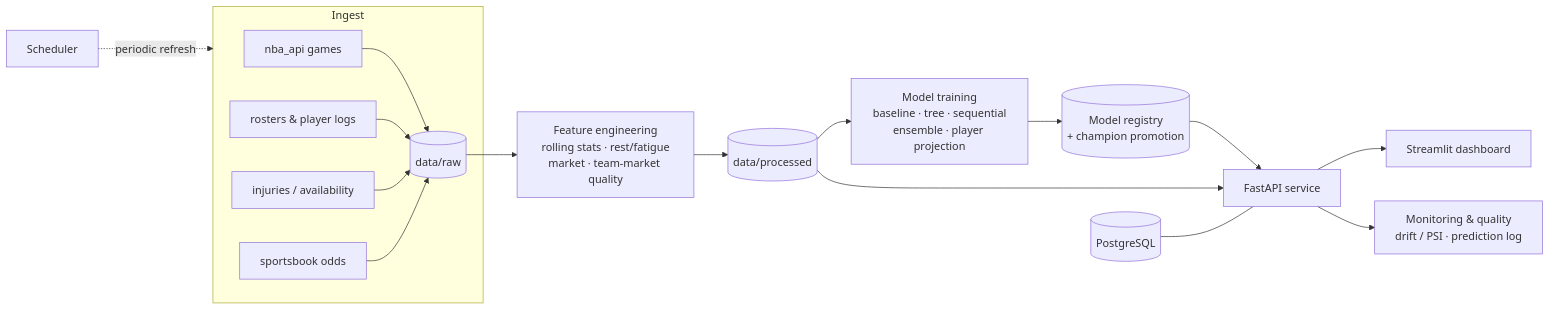
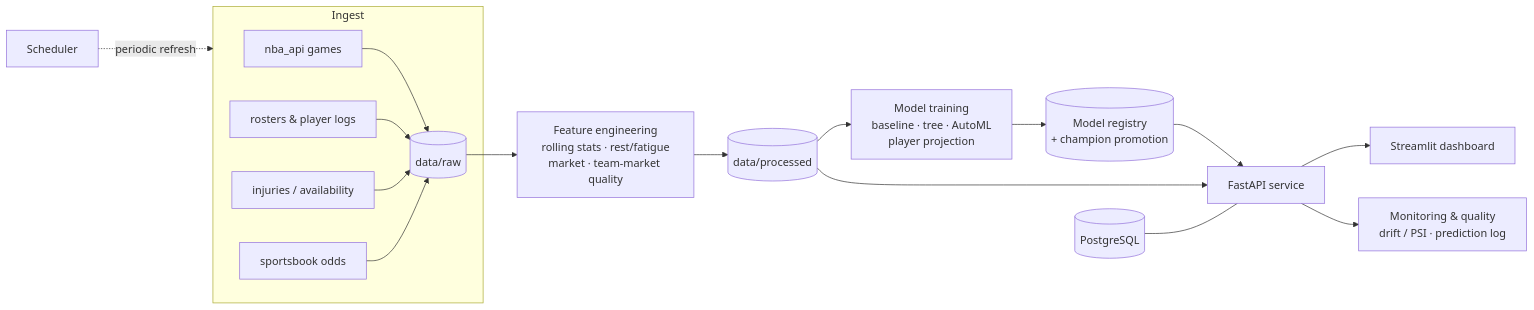
The diagram in README.md (KhaNguyen-Q/nba-prediction-engine), drawn with Mermaid before and after one commit. The commit also changed other lines of this file and 17 other files, not shown here.

First line of the commit message:
refactor: remove unfinished experiment stubs and document roadmap

````diff
--- a/README.md
+++ b/README.md
@@ -55,23 +55,23 @@
 ```mermaid
 flowchart LR
     subgraph Ingest
         A1[nba_api games] --> RAW[(data/raw)]
         A2[rosters & player logs] --> RAW
         A3[injuries / availability] --> RAW
         A4[sportsbook odds] --> RAW
     end
 
     RAW --> FE[Feature engineering<br/>rolling stats · rest/fatigue<br/>market · team-market quality]
     FE --> PROC[(data/processed)]
 
-    PROC --> TR[Model training<br/>baseline · tree · sequential<br/>ensemble · player projection]
+    PROC --> TR[Model training<br/>baseline · tree · AutoML<br/>player projection]
     TR --> REG[(Model registry<br/>+ champion promotion)]
 
     REG --> API[FastAPI service]
     PROC --> API
     API --> UI[Streamlit dashboard]
 
     API --> MON[Monitoring & quality<br/>drift / PSI · prediction log]
     SCH[Scheduler] -. periodic refresh .-> Ingest
     DB[(PostgreSQL)] --- API
 ```
````
